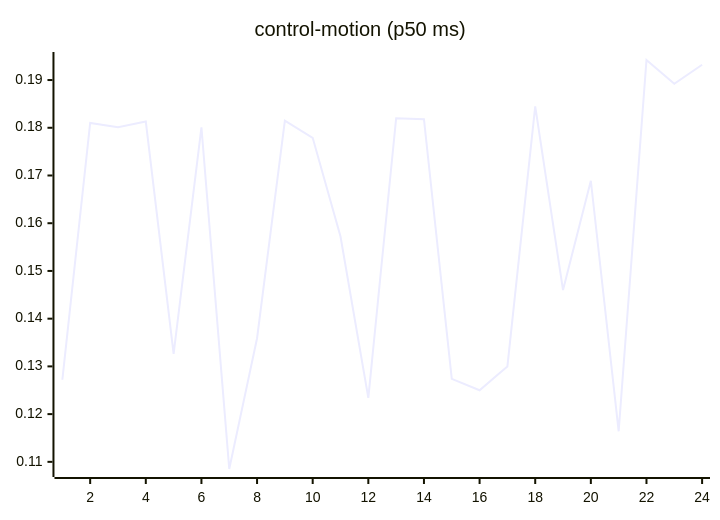
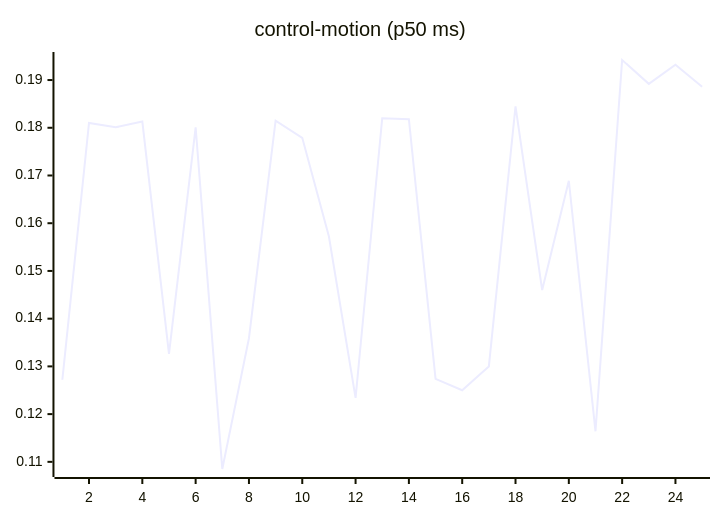
One commit to josha/Facet changed the seventh of 27 diagrams in README.md. Above: the diagram before and after it, drawn with Mermaid. The commit also changed other lines of this file and 2 other files, not shown here.

````diff
--- a/README.md
+++ b/README.md
@@ -105,6 +105,6 @@
 ```mermaid
 xychart-beta
     title "control-motion (p50 ms)"
-    x-axis 1 --> 24
-    line [0.1272, 0.1810, 0.1801, 0.1813, 0.1326, 0.1801, 0.1085, 0.1359, 0.1815, 0.1779, 0.1572, 0.1234, 0.1820, 0.1818, 0.1274, 0.1250, 0.1300, 0.1845, 0.1460, 0.1689, 0.1164, 0.1942, 0.1892, 0.1932]
+    x-axis 1 --> 25
+    line [0.1272, 0.1810, 0.1801, 0.1813, 0.1326, 0.1801, 0.1085, 0.1359, 0.1815, 0.1779, 0.1572, 0.1234, 0.1820, 0.1818, 0.1274, 0.1250, 0.1300, 0.1845, 0.1460, 0.1689, 0.1164, 0.1942, 0.1892, 0.1932, 0.1886]
 ```
````
